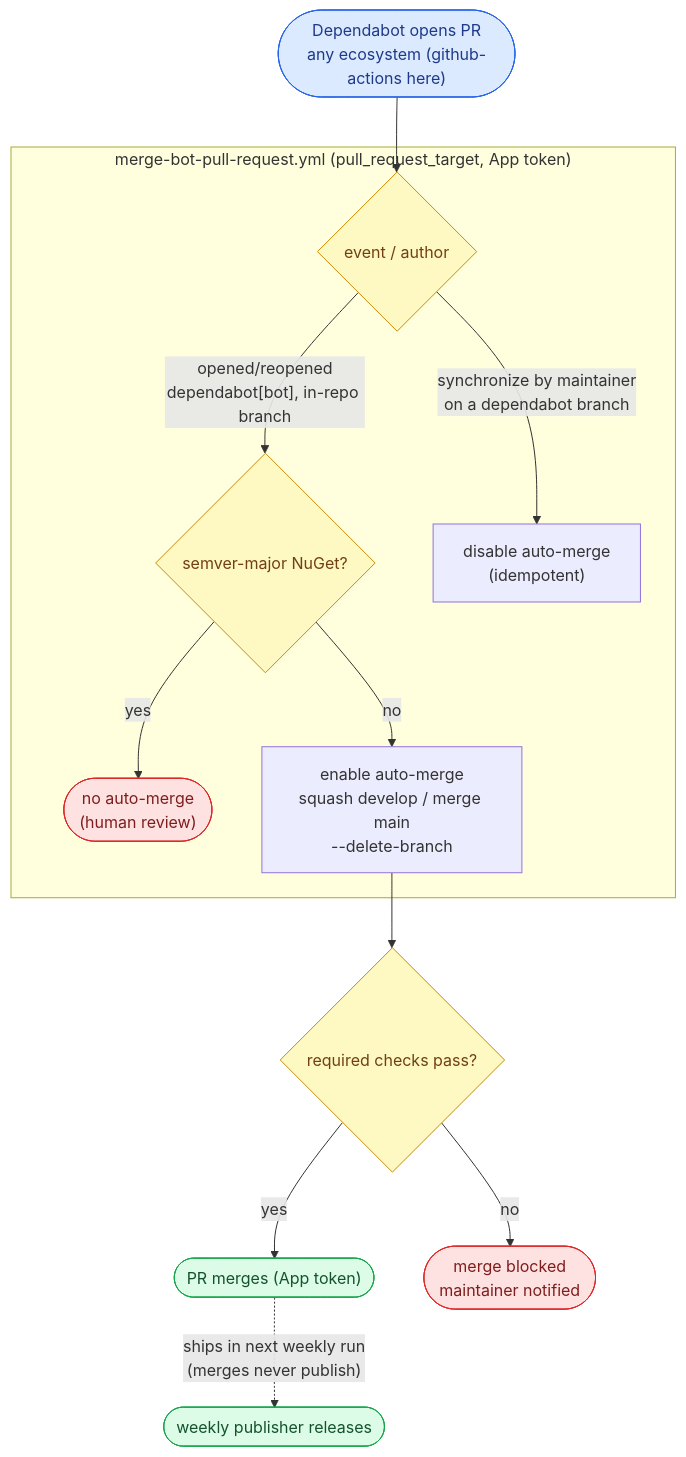
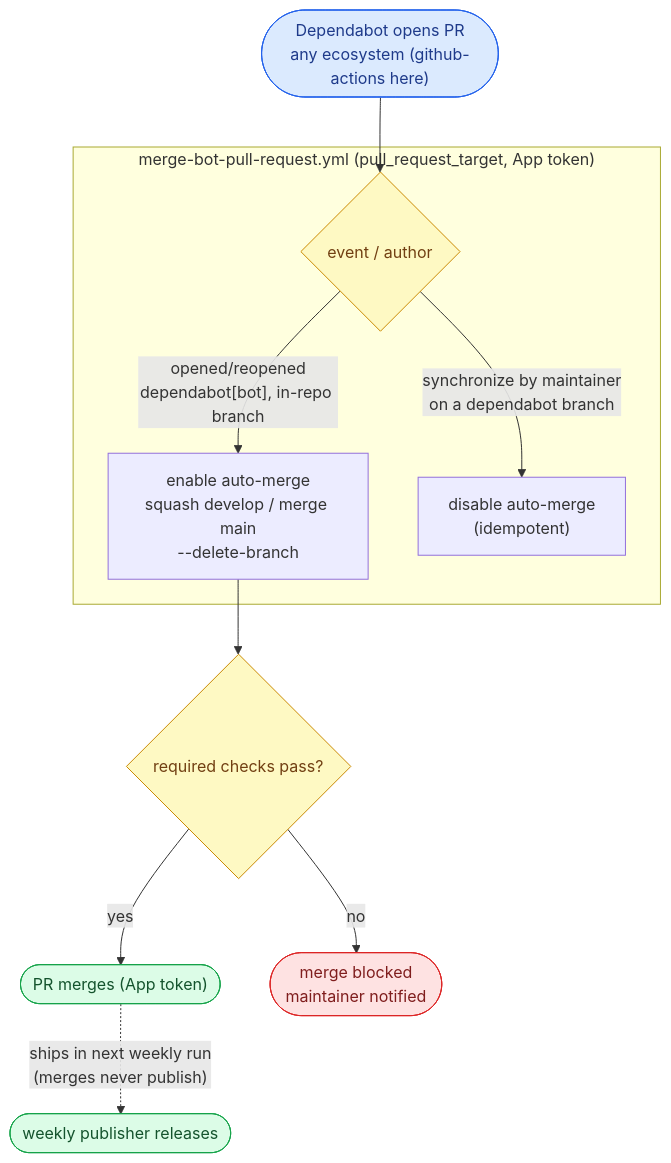
Before and after one commit to ptr727/VSCode-Server-DotNetCore: the third of 3 diagrams in WORKFLOW.md, drawn with Mermaid. The commit also changed other lines of this file and 2 other files, not shown here.

First line of the commit message:
ci: auto-merge every Dependabot tier (drop semver-major skip)

````diff
--- a/WORKFLOW.md
+++ b/WORKFLOW.md
@@ -246,19 +245,17 @@
 ```mermaid
 flowchart TD
     DEP(["Dependabot opens PR<br/>any ecosystem (github-actions here)"]):::trig --> MB
     subgraph MBT ["merge-bot-pull-request.yml (pull_request_target, App token)"]
         MB{"event / author"}:::gate
-        MB -- "opened/reopened<br/>dependabot[bot], in-repo branch" --> EV{"semver-major NuGet?"}:::gate
-        EV -- "yes" --> HOLD(["no auto-merge<br/>(human review)"]):::stop
-        EV -- "no" --> EN["enable auto-merge<br/>squash develop / merge main<br/>--delete-branch"]
+        MB -- "opened/reopened<br/>dependabot[bot], in-repo branch" --> EN["enable auto-merge<br/>squash develop / merge main<br/>--delete-branch"]
         MB -- "synchronize by maintainer<br/>on a dependabot branch" --> DIS["disable auto-merge<br/>(idempotent)"]
     end
     EN --> CK{"required checks pass?"}:::gate
     CK -- "yes" --> MRG(["PR merges (App token)"]):::pub
     CK -- "no" --> BLK(["merge blocked<br/>maintainer notified"]):::stop
     MRG -. "ships in next weekly run<br/>(merges never publish)" .-> PUBR(["weekly publisher releases"]):::pub
     classDef trig fill:#dbeafe,stroke:#2563eb,color:#1e3a8a
     classDef gate fill:#fef9c3,stroke:#ca8a04,color:#713f12
     classDef pub fill:#dcfce7,stroke:#16a34a,color:#14532d
     classDef stop fill:#fee2e2,stroke:#dc2626,color:#7f1d1d
 ```
````
